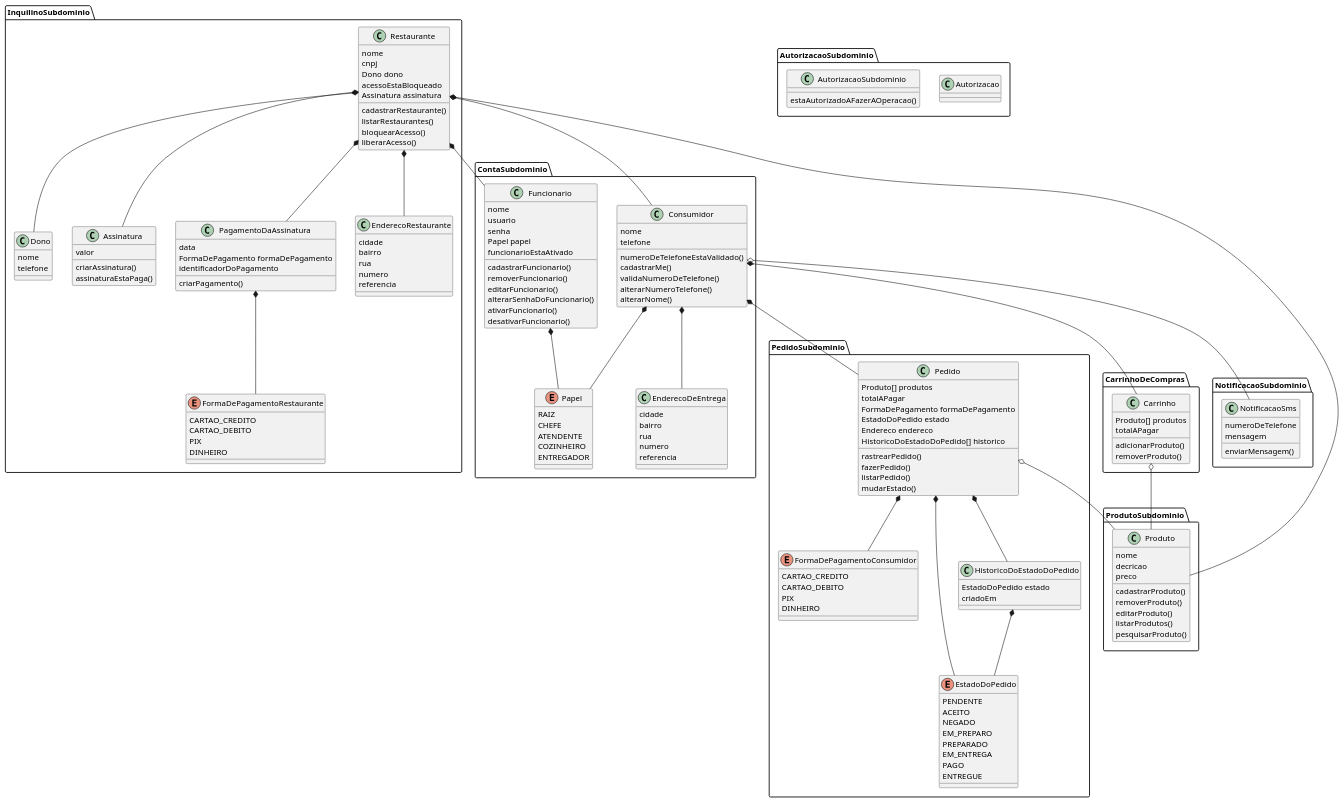
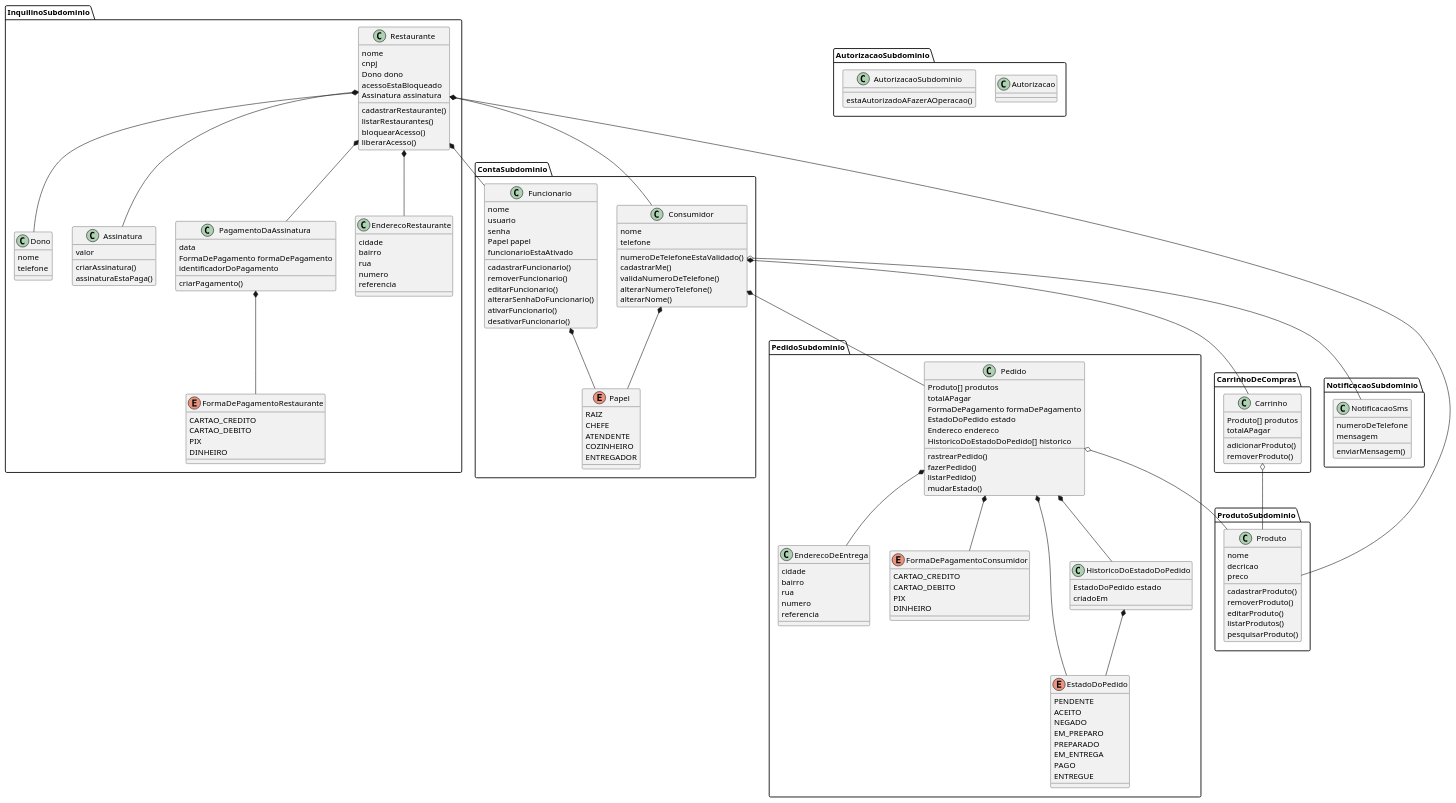
One commit to alvarengacarlos/Order changed the diagram in docs/entidades.plantuml. Above: the diagram before and after it, drawn with PlantUML. The commit also changed 3 other files, not shown here.

```diff
--- a/docs/entidades.plantuml
+++ b/docs/entidades.plantuml
@@ -1,170 +1,170 @@
 @startuml
 ' Definições
 package "InquilinoSubdominio" {
     class Restaurante
     Restaurante : nome
     Restaurante : cnpj
     Restaurante : Dono dono
     Restaurante : acessoEstaBloqueado
     Restaurante : Assinatura assinatura
     Restaurante : cadastrarRestaurante()
     Restaurante : listarRestaurantes()
     Restaurante : bloquearAcesso()
     Restaurante : liberarAcesso()
 
     class Dono
     Dono : nome
     Dono : telefone
 
     class Assinatura
     Assinatura : valor
     Assinatura : criarAssinatura()
     Assinatura : assinaturaEstaPaga()
 
     class PagamentoDaAssinatura
     PagamentoDaAssinatura : data
     PagamentoDaAssinatura : FormaDePagamento formaDePagamento
     PagamentoDaAssinatura : identificadorDoPagamento
     PagamentoDaAssinatura : criarPagamento()
 
     class EnderecoRestaurante
     EnderecoRestaurante : cidade
     EnderecoRestaurante : bairro
     EnderecoRestaurante : rua
     EnderecoRestaurante : numero
     EnderecoRestaurante : referencia
 
     enum FormaDePagamentoRestaurante
     FormaDePagamentoRestaurante : CARTAO_CREDITO
     FormaDePagamentoRestaurante : CARTAO_DEBITO
     FormaDePagamentoRestaurante : PIX
     FormaDePagamentoRestaurante : DINHEIRO
 }
 
 package "ContaSubdominio" {
     class Funcionario
     Funcionario : nome
     Funcionario : usuario
     Funcionario : senha
     Funcionario : Papel papel
     Funcionario : funcionarioEstaAtivado
     Funcionario : cadastrarFuncionario()
     Funcionario : removerFuncionario()
     Funcionario : editarFuncionario()
     Funcionario : alterarSenhaDoFuncionario()
     Funcionario : ativarFuncionario()
     Funcionario : desativarFuncionario()
 
     class Consumidor
     Consumidor : nome
     Consumidor : telefone
     Consumidor : numeroDeTelefoneEstaValidado()
     Consumidor : cadastrarMe()
     Consumidor : validaNumeroDeTelefone()
     Consumidor : alterarNumeroTelefone()
     Consumidor : alterarNome()
 
-    class EnderecoDeEntrega
-    EnderecoDeEntrega : cidade
-    EnderecoDeEntrega : bairro
-    EnderecoDeEntrega : rua
-    EnderecoDeEntrega : numero
-    EnderecoDeEntrega : referencia
-
     enum Papel
     Papel : RAIZ
     Papel : CHEFE
     Papel : ATENDENTE
     Papel : COZINHEIRO
     Papel : ENTREGADOR    
 }
 
 package "ProdutoSubdominio" {
     class Produto
     Produto : nome
     Produto : decricao
     Produto : preco
     Produto : cadastrarProduto()
     Produto : removerProduto()
     Produto : editarProduto()
     Produto : listarProdutos()
     Produto : pesquisarProduto()
 }
 
 package "CarrinhoDeCompras" {
     class Carrinho
     Carrinho : Produto[] produtos
     Carrinho : totalAPagar
     Carrinho : adicionarProduto()
     Carrinho : removerProduto()
 }
 
 package "PedidoSubdominio" {
+    class EnderecoDeEntrega
+    EnderecoDeEntrega : cidade
+    EnderecoDeEntrega : bairro
+    EnderecoDeEntrega : rua
+    EnderecoDeEntrega : numero
+    EnderecoDeEntrega : referencia
+
     class Pedido
     Pedido : Produto[] produtos
     Pedido : totalAPagar
     Pedido : FormaDePagamento formaDePagamento
     Pedido : EstadoDoPedido estado
     Pedido : Endereco endereco
     Pedido : HistoricoDoEstadoDoPedido[] historico
     Pedido : rastrearPedido()
     Pedido : fazerPedido()
     Pedido : listarPedido()
     Pedido : mudarEstado()
     
     enum FormaDePagamentoConsumidor
     FormaDePagamentoConsumidor : CARTAO_CREDITO
     FormaDePagamentoConsumidor : CARTAO_DEBITO
     FormaDePagamentoConsumidor : PIX
     FormaDePagamentoConsumidor : DINHEIRO
 
     enum EstadoDoPedido
     EstadoDoPedido : PENDENTE
     EstadoDoPedido : ACEITO
     EstadoDoPedido : NEGADO
     EstadoDoPedido : EM_PREPARO
     EstadoDoPedido : PREPARADO
     EstadoDoPedido : EM_ENTREGA
     EstadoDoPedido : PAGO
     EstadoDoPedido : ENTREGUE
 
     class HistoricoDoEstadoDoPedido
     HistoricoDoEstadoDoPedido : EstadoDoPedido estado
     HistoricoDoEstadoDoPedido : criadoEm
 
 }
 
 package "NotificacaoSubdominio" {
     class NotificacaoSms
     NotificacaoSms : numeroDeTelefone
     NotificacaoSms : mensagem
     NotificacaoSms : enviarMensagem()
 }
 
 package "AutorizacaoSubdominio" {
     class Autorizacao
     AutorizacaoSubdominio : estaAutorizadoAFazerAOperacao()
 }
 
 ' Relação
 Restaurante *-- EnderecoRestaurante
 Restaurante *-- Assinatura
 Restaurante *-- Dono
 Restaurante *-- Produto
 Restaurante *-- PagamentoDaAssinatura
 Restaurante *-- Funcionario
 Restaurante *-- Consumidor
 Funcionario *-- Papel
 Consumidor *-- Pedido
 Consumidor *-- Carrinho
-Consumidor *-- EnderecoDeEntrega
 Consumidor *-- Papel
 Pedido *-- FormaDePagamentoConsumidor
 Pedido o-- Produto
 Pedido *-- HistoricoDoEstadoDoPedido
 Pedido *-- EstadoDoPedido
+Pedido *-- EnderecoDeEntrega
 PagamentoDaAssinatura *-- FormaDePagamentoRestaurante
 HistoricoDoEstadoDoPedido *-- EstadoDoPedido
 Carrinho o-- Produto
 Consumidor o-- NotificacaoSms
 @enduml
```
